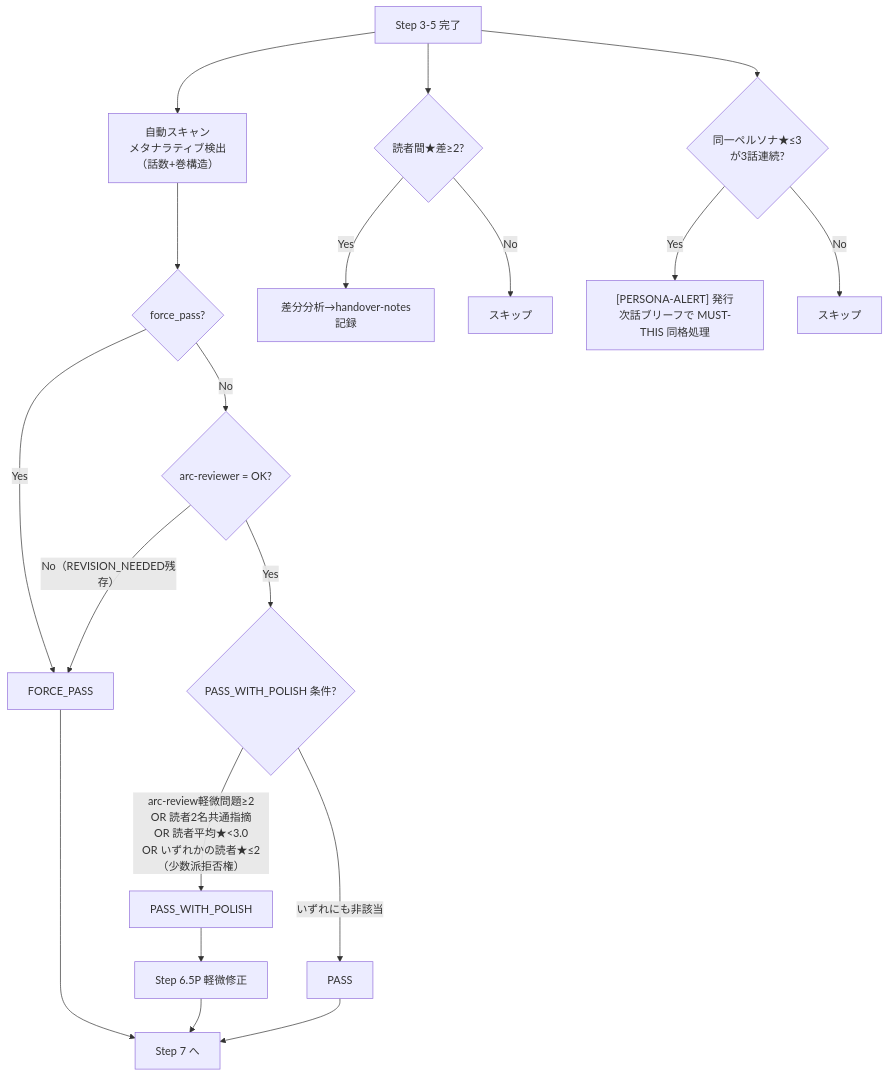
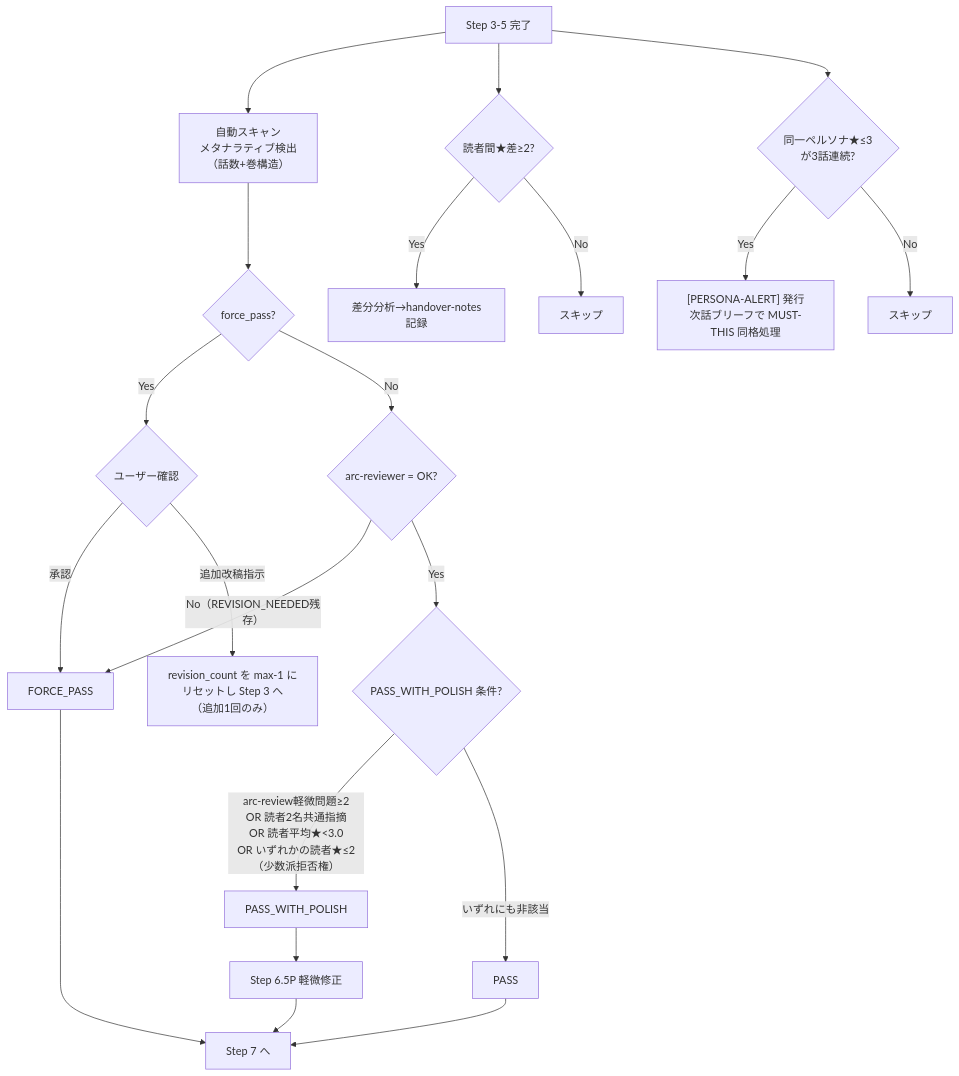
One commit to finelagusaz/Agentic_Writing changed the second of 4 diagrams in docs/workflows.md. Above: the diagram before and after it, drawn with Mermaid. The commit also changed other lines of this file and 7 other files, not shown here.

````diff
--- a/docs/workflows.md
+++ b/docs/workflows.md
@@ -189,24 +203,26 @@
 ```mermaid
 flowchart TD
     A["Step 3-5 完了"] --> S0["自動スキャン<br/>メタナラティブ検出<br/>（話数+巻構造）"]
     S0 --> C{"force_pass?"}
-    C -->|Yes| FP["FORCE_PASS"]
+    C -->|Yes| UC{"ユーザー確認"}
+    UC -->|承認| FP["FORCE_PASS"]
+    UC -->|追加改稿指示| RR["revision_count を max-1 に\nリセットし Step 3 へ\n（追加1回のみ）"]
     C -->|No| D{"arc-reviewer = OK?"}
     D -->|No（REVISION_NEEDED残存）| FP
     D -->|Yes| E{"PASS_WITH_POLISH 条件?"}
     E -->|"arc-review軽微問題≥2\nOR 読者2名共通指摘\nOR 読者平均★<3.0\nOR いずれかの読者★≤2（少数派拒否権）"| PWP["PASS_WITH_POLISH"]
     E -->|いずれにも非該当| PASS["PASS"]
 
     PWP --> POL["Step 6.5P 軽微修正"]
     POL --> FIN["Step 7 へ"]
     PASS --> FIN
     FP --> FIN
 
     A --> GAP{"読者間★差≥2?"}
     GAP -->|Yes| ANAL["差分分析→handover-notes記録"]
     GAP -->|No| SKIP["スキップ"]
 
     A --> PA{"同一ペルソナ★≤3\nが3話連続?"}
     PA -->|Yes| ALERT["[PERSONA-ALERT] 発行\n次話ブリーフで MUST-THIS 同格処理"]
     PA -->|No| SKIP2["スキップ"]
 ```
````
